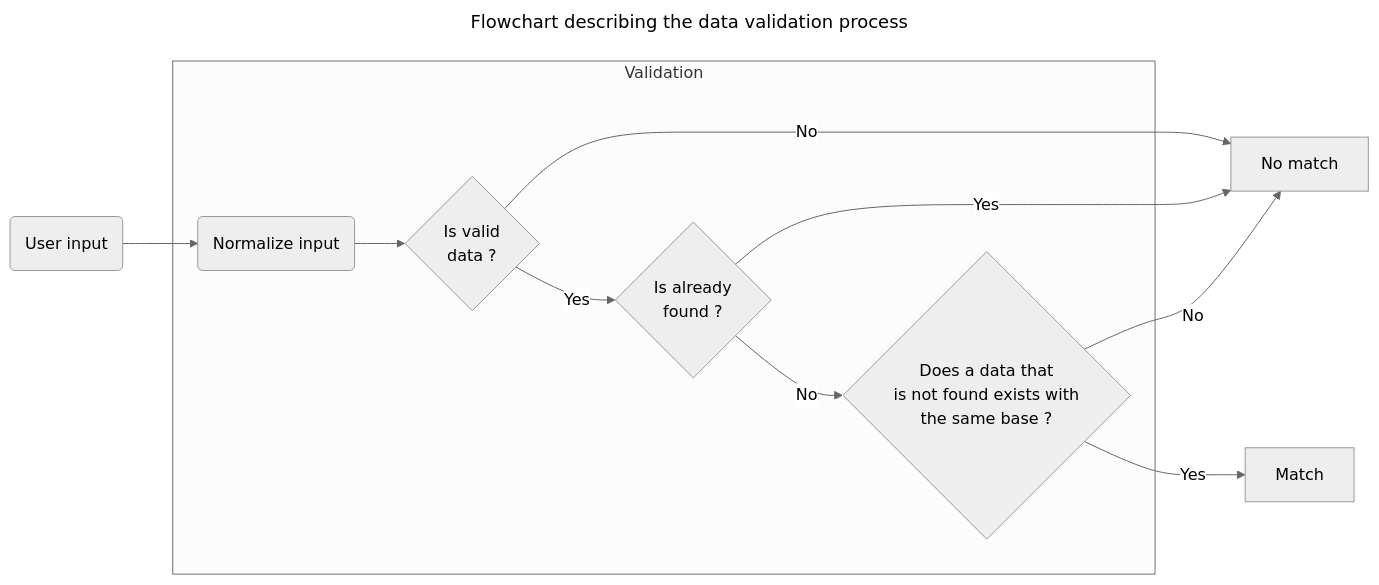
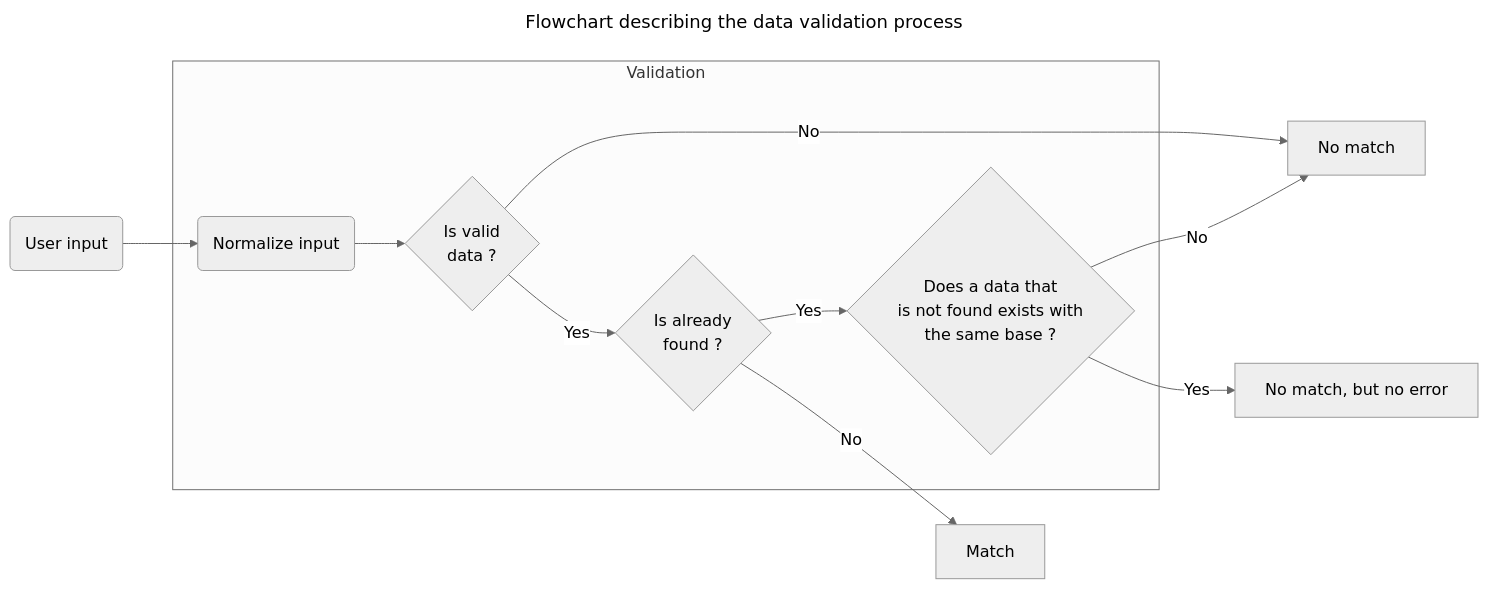
The first of 2 diagrams in docs/project/games.md (ArnoBidet/wanderways-doc), drawn with Mermaid (neutral theme) before and after one commit.

Commit message:
fixed data validation process scheme

````diff
--- a/docs/project/games.md
+++ b/docs/project/games.md
@@ -62,16 +62,16 @@
 ```mermaid
 ---
 title: Flowchart describing the data validation process
 ---
 flowchart LR
     user_input(User input) --> normalize_input
     subgraph Validation
       normalize_input(Normalize input) --> is_valid_data{Is valid<br>data ?}
       is_valid_data -->|Yes| is_already_found{Is already<br>found ?}
-      is_already_found -->|No| longer_data_exists{Does a data that<br>is not found exists with<br>the same base ?}
+      is_already_found -->|Yes| longer_data_exists{Does a data that<br>is not found exists with<br>the same base ?}
     end
     is_valid_data -->|No| no_match[No match]
-    is_already_found -->|Yes| no_match[No match]
+    is_already_found -->|No| match[Match]
     longer_data_exists -->|No| no_match[No match]
-    longer_data_exists -->|Yes| match[Match]
+    longer_data_exists -->|Yes| continue[No match, but no error]
 ```
````
